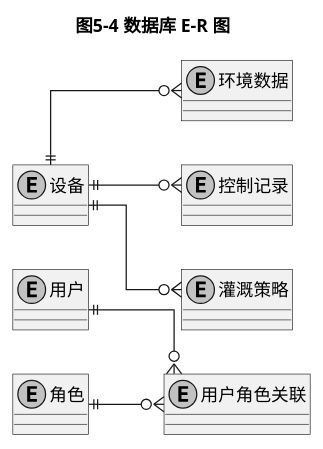
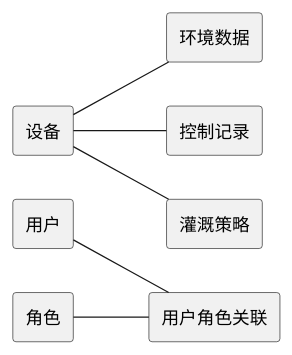
The diagram in 图 5-3 数据库 E-R 图.puml (TSK-io/lunwen), drawn with PlantUML before and after one commit. The commit also changed 5 other files, not shown here.

```diff
--- a/图 5-3 数据库 E-R 图.puml
+++ b/图 5-3 数据库 E-R 图.puml
@@ -1,27 +1,19 @@
 @startuml
-title 图5-4 数据库 E-R 图
+left to right direction
 
-left to right direction
-skinparam monochrome true
-skinparam shadowing false
-skinparam defaultFontName Microsoft YaHei
-skinparam defaultTextAlignment center
-skinparam linetype ortho
-skinparam roundcorner 0
+rectangle "用户" as User
+rectangle "角色" as Role
+rectangle "用户角色关联" as UserRole
+rectangle "设备" as Device
+rectangle "环境数据" as Data
+rectangle "控制记录" as Log
+rectangle "灌溉策略" as Policy
 
-entity "用户" as User
-entity "角色" as Role
-entity "用户角色关联" as UserRole
-entity "设备" as Device
-entity "环境数据" as Data
-entity "控制记录" as Log
-entity "灌溉策略" as Policy
+User -- UserRole
+Role -- UserRole
 
-User ||--o{ UserRole
-Role ||--o{ UserRole
-
-Device ||--o{ Data
-Device ||--o{ Log
-Device ||--o{ Policy
+Device -- Data
+Device -- Log
+Device -- Policy
 
 @enduml
```
